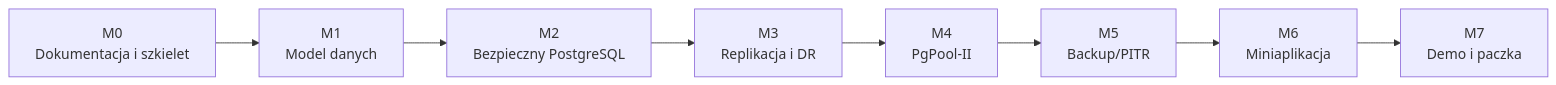
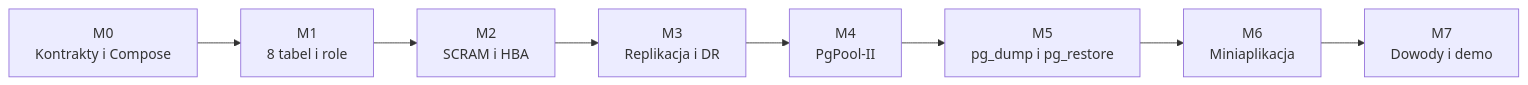
Before and after one commit to Mateusz-Koczorowski/vehicle-insurance-postgresql-ha: the diagram in docs/IMPLEMENTATION_PLAN.md, drawn with Mermaid. The commit also changed other lines of this file and 100 other files, not shown here.

First line of the commit message:
feat(postgres): add PostgreSQL setup with replication and PgPool-II configuration

````diff
--- a/docs/IMPLEMENTATION_PLAN.md
+++ b/docs/IMPLEMENTATION_PLAN.md
@@ -19,13 +20,13 @@
 ```mermaid
 flowchart LR
-    M0["M0<br/>Dokumentacja i szkielet"]
-    M1["M1<br/>Model danych"]
-    M2["M2<br/>Bezpieczny PostgreSQL"]
+    M0["M0<br/>Kontrakty i Compose"]
+    M1["M1<br/>8 tabel i role"]
+    M2["M2<br/>SCRAM i HBA"]
     M3["M3<br/>Replikacja i DR"]
     M4["M4<br/>PgPool-II"]
-    M5["M5<br/>Backup/PITR"]
+    M5["M5<br/>pg_dump i pg_restore"]
     M6["M6<br/>Miniaplikacja"]
-    M7["M7<br/>Demo i paczka"]
+    M7["M7<br/>Dowody i demo"]
 
     M0 --> M1 --> M2 --> M3 --> M4 --> M5 --> M6 --> M7
 ```
````
